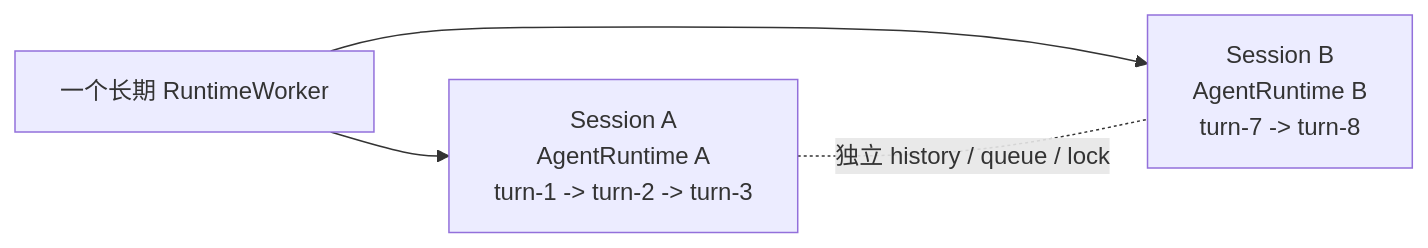
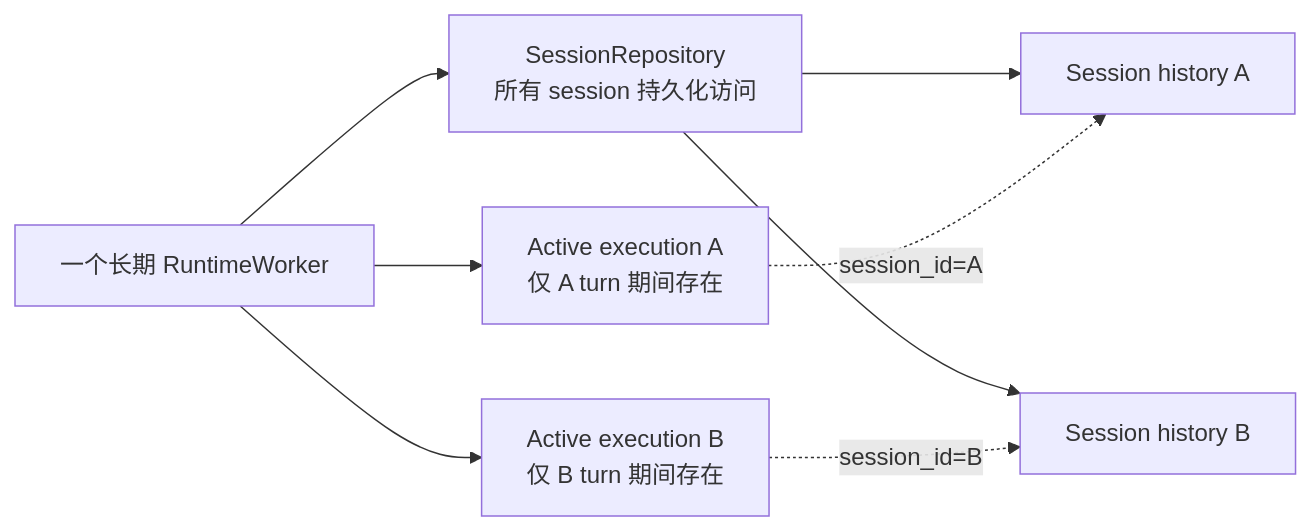
The seventh of 8 diagrams in docs/cli-turn-flow.md (Azzurroooo/rind), drawn with Mermaid before and after one commit. The commit also changed other lines of this file and 4 other files, not shown here.

````diff
--- a/docs/cli-turn-flow.md
+++ b/docs/cli-turn-flow.md
@@ -243,9 +302,16 @@
 ```mermaid
 flowchart LR
     W[一个长期 RuntimeWorker]
-    A[Session A\nAgentRuntime A\nturn-1 -> turn-2 -> turn-3]
-    B[Session B\nAgentRuntime B\nturn-7 -> turn-8]
-    W --> A
-    W --> B
-    A -. 独立 history / queue / lock .- B
+    R[SessionRepository\n所有 session 持久化访问]
+    E1[Active execution A\n仅 A turn 期间存在]
+    E2[Active execution B\n仅 B turn 期间存在]
+    H1[Session history A]
+    H2[Session history B]
+    W --> R
+    W --> E1
+    W --> E2
+    R --> H1
+    R --> H2
+    E1 -. session_id=A .-> H1
+    E2 -. session_id=B .-> H2
 ```
````
